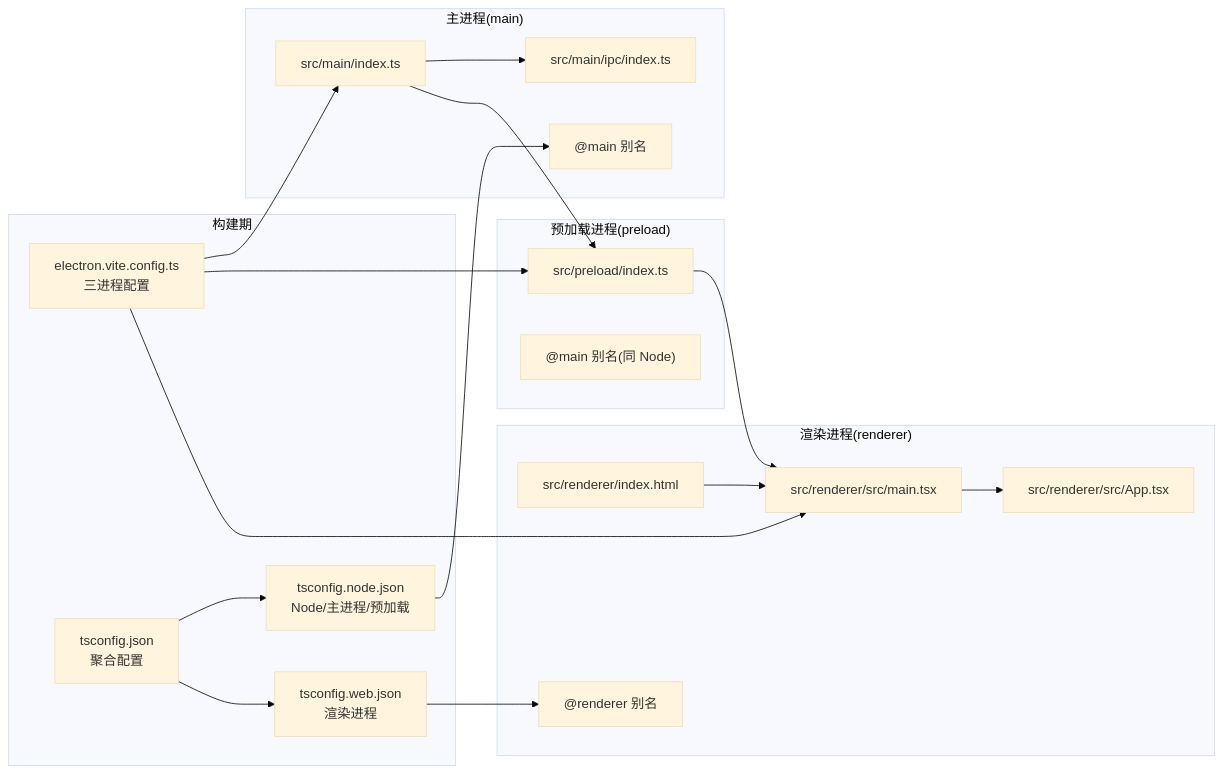
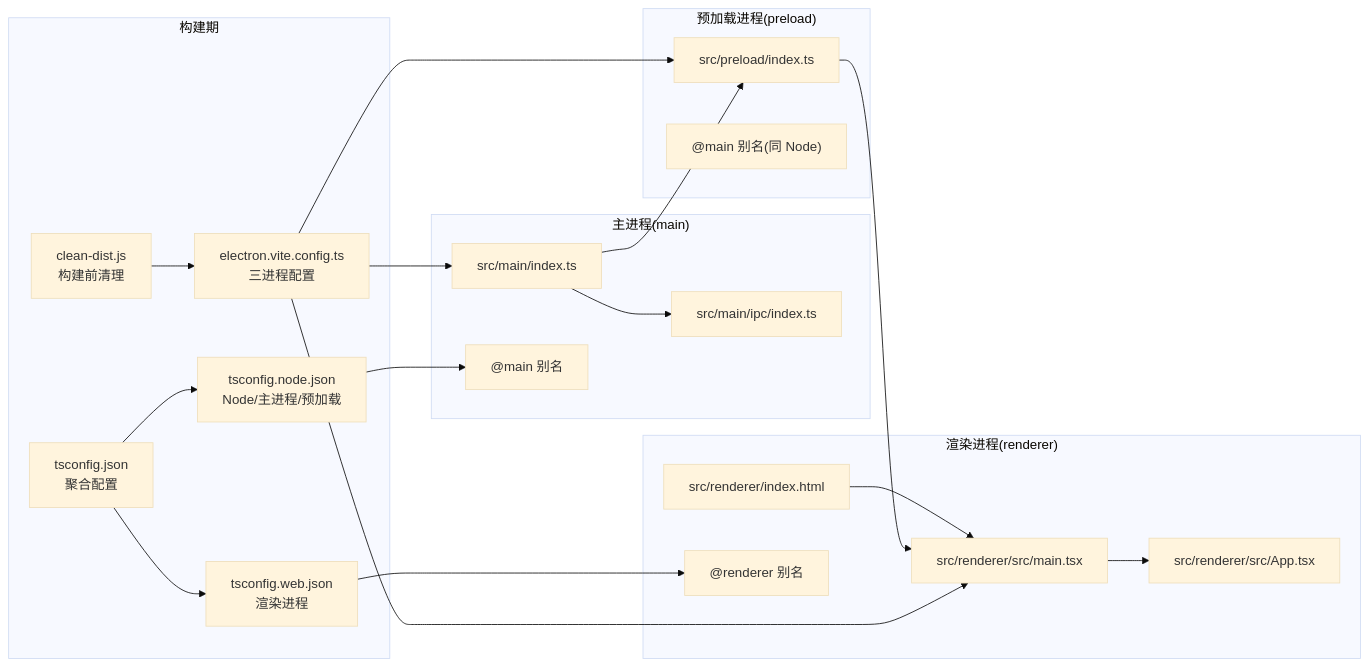
One commit to remgasuki/ReDoPhoto changed the second of 8 diagrams in .qoder/repowiki/zh/content/配置与部署/构建配置.md. Above: the diagram before and after it, drawn with Mermaid (base theme). The commit also changed other lines of this file and 39 other files, not shown here.

````diff
--- a/.qoder/repowiki/zh/content/配置与部署/构建配置.md
+++ b/.qoder/repowiki/zh/content/配置与部署/构建配置.md
@@ -110,36 +128,38 @@
 ```mermaid
 graph LR
 subgraph "构建期"
 EVC["electron.vite.config.ts<br/>三进程配置"]
 TSC["tsconfig.json<br/>聚合配置"]
 TSN["tsconfig.node.json<br/>Node/主进程/预加载"]
 TSW["tsconfig.web.json<br/>渲染进程"]
+CLEAN["clean-dist.js<br/>构建前清理"]
 end
 subgraph "主进程(main)"
 MIDX["src/main/index.ts"]
 MIPC["src/main/ipc/index.ts"]
 ALIAS_M["@main 别名"]
 end
 subgraph "预加载进程(preload)"
 PIDX["src/preload/index.ts"]
 ALIAS_P["@main 别名(同 Node)"]
 end
 subgraph "渲染进程(renderer)"
 RIDX["src/renderer/src/main.tsx"]
 RAPP["src/renderer/src/App.tsx"]
 HTML["src/renderer/index.html"]
 ALIAS_R["@renderer 别名"]
 end
 EVC --> MIDX
 EVC --> PIDX
 EVC --> RIDX
+CLEAN --> EVC
 TSC --> TSN
 TSC --> TSW
 TSN --> ALIAS_M
 TSW --> ALIAS_R
 MIDX --> MIPC
 MIDX --> PIDX
 PIDX --> RIDX
 RIDX --> RAPP
 HTML --> RIDX
 ```
````
